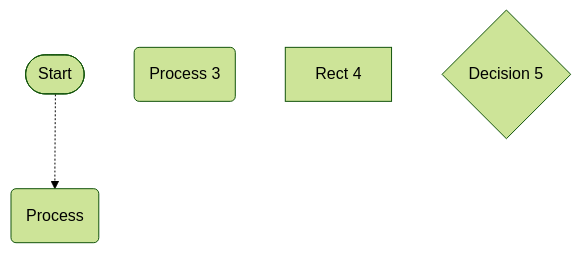
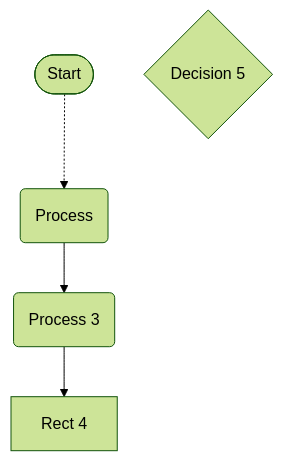
One commit to pingpm/mermaid_vault changed the diagram in mmd/流程图1_bce12562-173a-469d-af23-0a7174f9f99f.mmd. Above: the diagram before and after it, drawn with Mermaid (forest theme). The commit also changed 4 other files, not shown here.

Commit message:
Sync Mermaid Studio data (14 diagrams)

```diff
--- a/mmd/流程图1_bce12562-173a-469d-af23-0a7174f9f99f.mmd
+++ b/mmd/流程图1_bce12562-173a-469d-af23-0a7174f9f99f.mmd
@@ -1,7 +1,9 @@
 flowchart TD
   start(["Start"])
   1("Process")
   c6c59789-c1c6-4f40-b71e-37e621c2905e("Process 3")
   e555e08a-bfc9-47f3-9a7f-eaa219d94710["Rect 4"]
   d900c80b-cacd-4d95-b9a7-b296318b0ecc{"Decision 5"}
   start -.-> 1
+  1 --> c6c59789-c1c6-4f40-b71e-37e621c2905e
+  c6c59789-c1c6-4f40-b71e-37e621c2905e --> e555e08a-bfc9-47f3-9a7f-eaa219d94710
```
